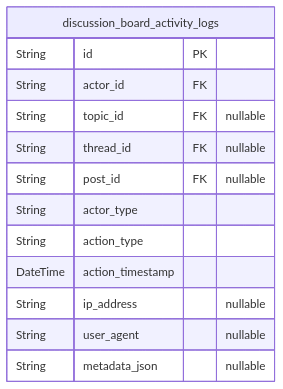
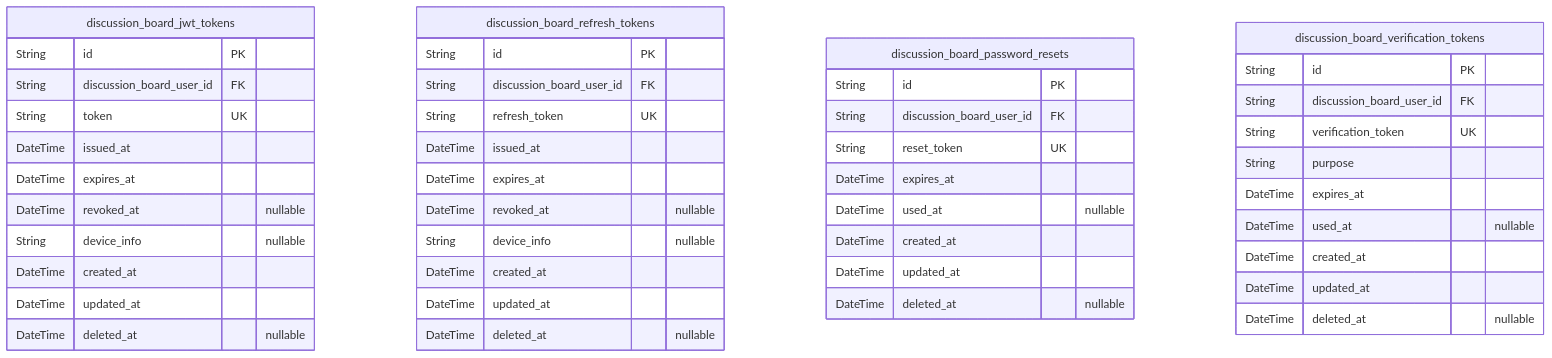
One commit to wrtnlabs/autobe-example-bbs-openai-gpt-4.1 changed the seventh of 8 diagrams in docs/ERD.md. Above: the diagram before and after it, drawn with Mermaid. The commit also changed other lines of this file and 1472 other files, not shown here.

````diff
--- a/docs/ERD.md
+++ b/docs/ERD.md
@@ -625,16 +1092,48 @@
 ```mermaid
 erDiagram
-"discussion_board_activity_logs" {
+"discussion_board_jwt_tokens" {
   String id PK
-  String actor_id FK
-  String topic_id FK "nullable"
-  String thread_id FK "nullable"
-  String post_id FK "nullable"
-  String actor_type
-  String action_type
-  DateTime action_timestamp
-  String ip_address "nullable"
-  String user_agent "nullable"
-  String metadata_json "nullable"
+  String discussion_board_user_id FK
+  String token UK
+  DateTime issued_at
+  DateTime expires_at
+  DateTime revoked_at "nullable"
+  String device_info "nullable"
+  DateTime created_at
+  DateTime updated_at
+  DateTime deleted_at "nullable"
+}
+"discussion_board_refresh_tokens" {
+  String id PK
+  String discussion_board_user_id FK
+  String refresh_token UK
+  DateTime issued_at
+  DateTime expires_at
+  DateTime revoked_at "nullable"
+  String device_info "nullable"
+  DateTime created_at
+  DateTime updated_at
+  DateTime deleted_at "nullable"
+}
+"discussion_board_password_resets" {
+  String id PK
+  String discussion_board_user_id FK
+  String reset_token UK
+  DateTime expires_at
+  DateTime used_at "nullable"
+  DateTime created_at
+  DateTime updated_at
+  DateTime deleted_at "nullable"
+}
+"discussion_board_verification_tokens" {
+  String id PK
+  String discussion_board_user_id FK
+  String verification_token UK
+  String purpose
+  DateTime expires_at
+  DateTime used_at "nullable"
+  DateTime created_at
+  DateTime updated_at
+  DateTime deleted_at "nullable"
 }
 ```
````
